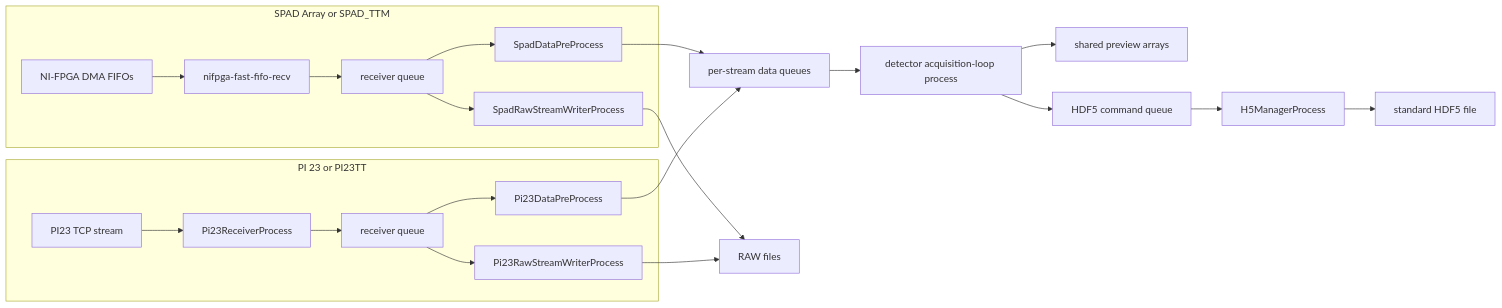
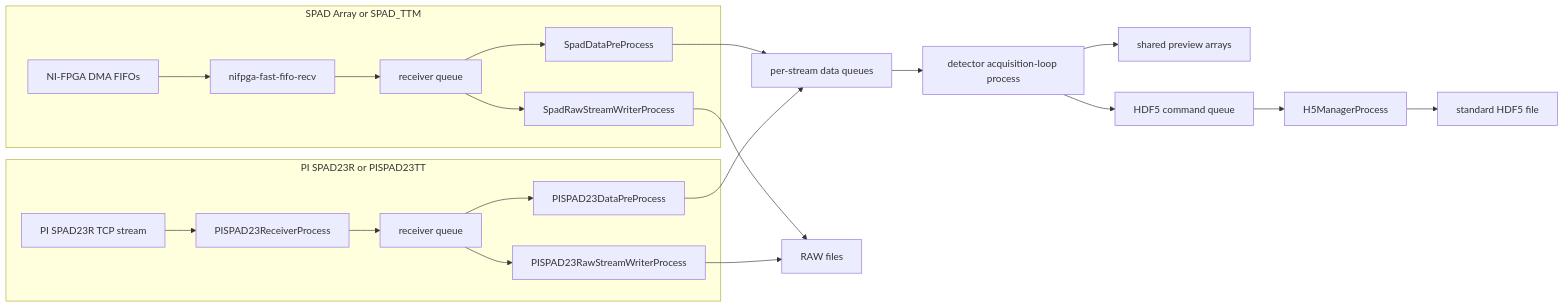
One commit to VicidominiLab/BrightEyes-MCS changed the third of 3 diagrams in docs/current-architecture.md. Above: the diagram before and after it, drawn with Mermaid. The commit also changed other lines of this file and 72 other files, not shown here.

````diff
--- a/docs/current-architecture.md
+++ b/docs/current-architecture.md
@@ -262,26 +262,26 @@
 ```mermaid
 flowchart LR
     subgraph SPAD_path[SPAD Array or SPAD_TTM]
         FPGAFIFO[NI-FPGA DMA FIFOs] --> RustReader[nifpga-fast-fifo-recv]
         RustReader --> FifoQueue[receiver queue]
         FifoQueue --> SpadPre[SpadDataPreProcess]
         FifoQueue --> SpadRaw[SpadRawStreamWriterProcess]
     end
 
-    subgraph PI23_path[PI 23 or PI23TT]
-        PI23TCP[PI23 TCP stream] --> Receiver[Pi23ReceiverProcess]
+    subgraph PISPAD23_path[PI SPAD23R or PISPAD23TT]
+        PISPAD23TCP[PI SPAD23R TCP stream] --> Receiver[PISPAD23ReceiverProcess]
         Receiver --> PiQueue[receiver queue]
-        PiQueue --> PiPre[Pi23DataPreProcess]
-        PiQueue --> PiRaw[Pi23RawStreamWriterProcess]
+        PiQueue --> PiPre[PISPAD23DataPreProcess]
+        PiQueue --> PiRaw[PISPAD23RawStreamWriterProcess]
     end
 
     SpadPre --> DataQueues[per-stream data queues]
     PiPre --> DataQueues
     DataQueues --> Loop[detector acquisition-loop process]
     Loop --> SharedMem[shared preview arrays]
     Loop --> H5Queue[HDF5 command queue]
     H5Queue --> H5Process[H5ManagerProcess]
     H5Process --> H5File[standard HDF5 file]
     SpadRaw --> RawFiles[RAW files]
     PiRaw --> RawFiles
 ```
````
